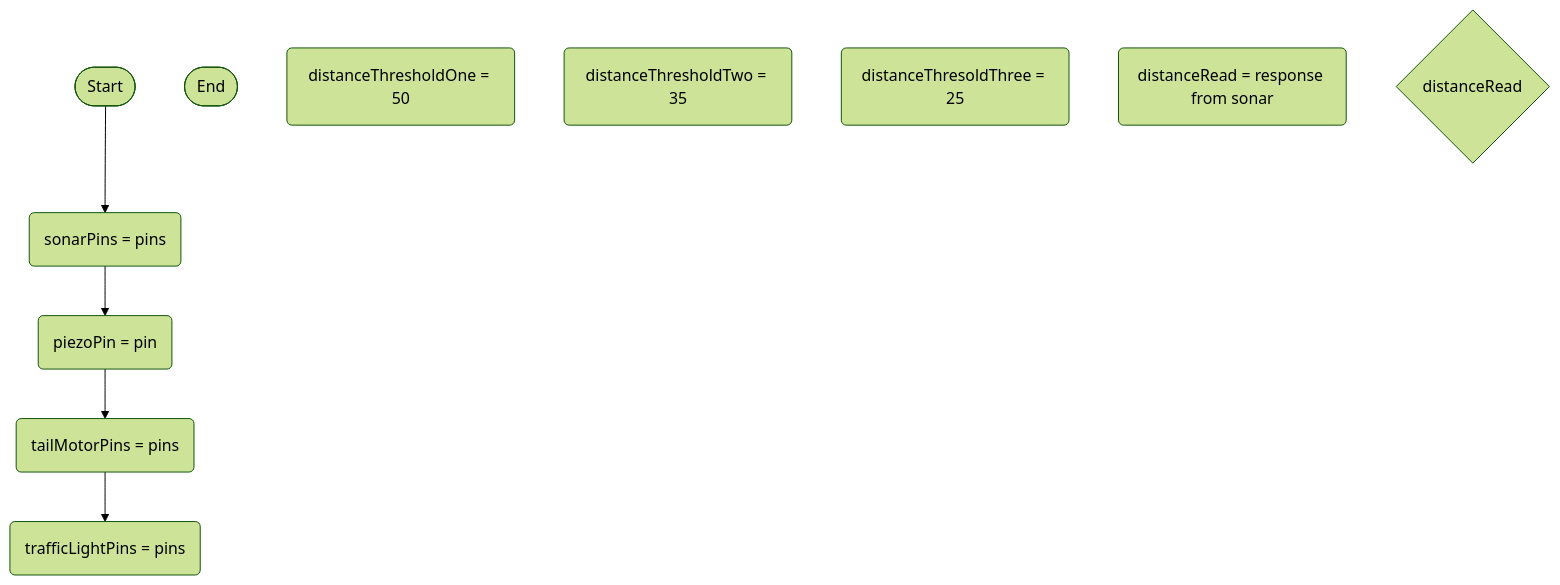
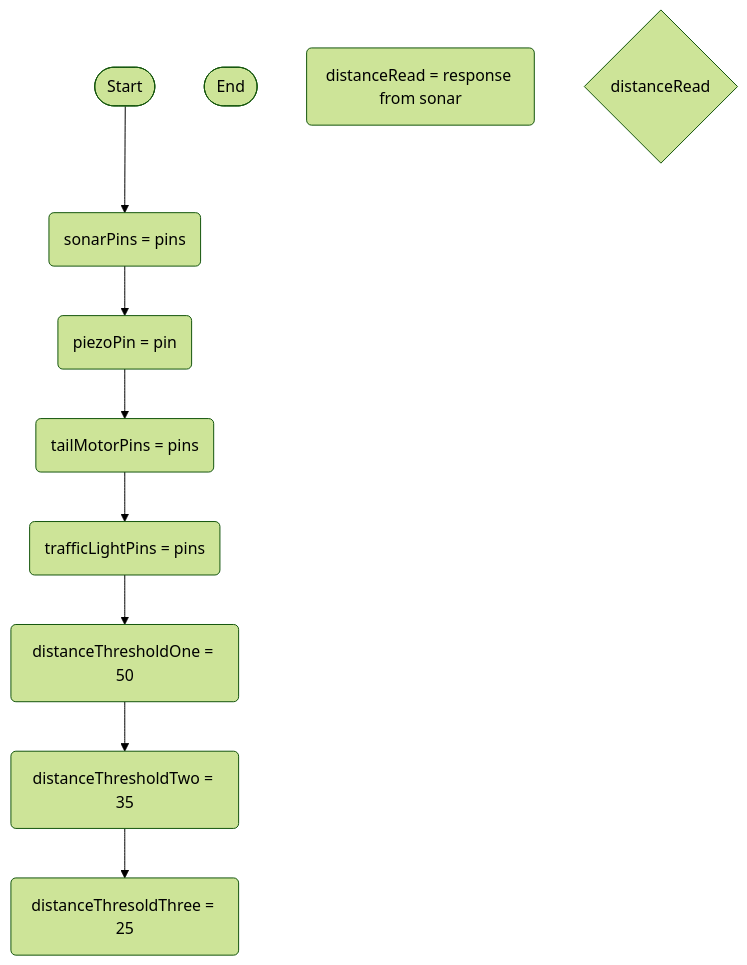
The diagram in logic.md (Deltace05/SmartDog), drawn with Mermaid (forest theme) before and after one commit.

````diff
--- a/logic.md
+++ b/logic.md
@@ -1,19 +1,21 @@
 ```mermaid
 flowchart TD
 terminalStart([Start])
 terminalEnd([End])
 setSonarRead(sonarPins = pins)
 setPiezoPin(piezoPin = pin)
 setTail(tailMotorPins = pins)
 setLight(trafficLightPins = pins)
 thresholdSetOne(distanceThresholdOne = 50)
 thresholdSetTwo(distanceThresholdTwo = 35)
 thresholdSetThree(distanceThresoldThree = 25)
 currentDistanceReading(distanceRead = response from sonar)
 ifDistanceLessThanThresholdOne{distanceRead <distanceThresholdOne>}
 terminalStart --> setSonarRead
 setSonarRead --> setPiezoPin
 setPiezoPin --> setTail
 setTail --> setLight
-
+setLight --> thresholdSetOne
+thresholdSetOne --> thresholdSetTwo
+thresholdSetTwo --> thresholdSetThree
 ```
````
